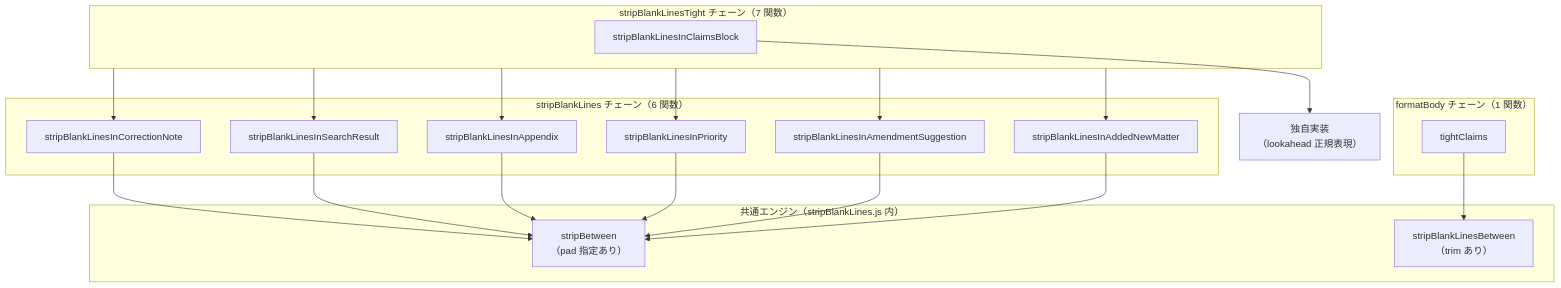
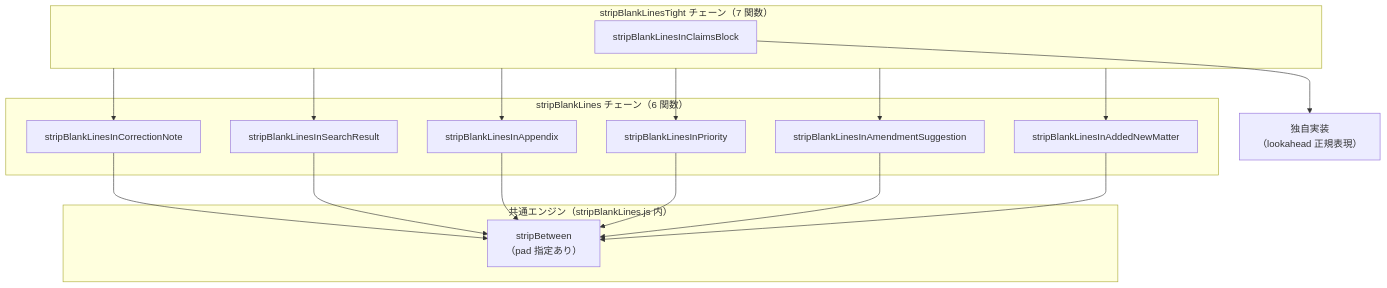
Before and after one commit to tmusimesabaoi4i/Patent_Decision_Document_Converter_v2: the diagram in js/stripBlankLines.md, drawn with Mermaid. The commit also changed other lines of this file and 24 other files, not shown here.

````diff
--- a/js/stripBlankLines.md
+++ b/js/stripBlankLines.md
@@ -12,29 +12,23 @@
 ```mermaid
 flowchart TD
   subgraph engines["共通エンジン（stripBlankLines.js 内）"]
     SB["stripBetween<br>（pad 指定あり）"]
-    SBB["stripBlankLinesBetween<br>（trim あり）"]
   end
 
   subgraph stripChain["stripBlankLines チェーン（6 関数）"]
     F1["stripBlankLinesInCorrectionNote"]
     F2["stripBlankLinesInSearchResult"]
     F4["stripBlankLinesInAppendix"]
     F5["stripBlankLinesInPriority"]
     F6["stripBlankLinesInAmendmentSuggestion"]
     F7["stripBlankLinesInAddedNewMatter"]
   end
 
   subgraph stripTightChain["stripBlankLinesTight チェーン（7 関数）"]
     F8["stripBlankLinesInClaimsBlock"]
   end
 
-  subgraph formatBodyChain["formatBody チェーン（1 関数）"]
-    TC["tightClaims"]
-  end
-
   F1 & F2 & F4 & F5 & F6 & F7 --> SB
   stripTightChain --> F1 & F2 & F4 & F5 & F6 & F7
   F8 --> CLB["独自実装<br>（lookahead 正規表現）"]
-  TC --> SBB
 ```
````
